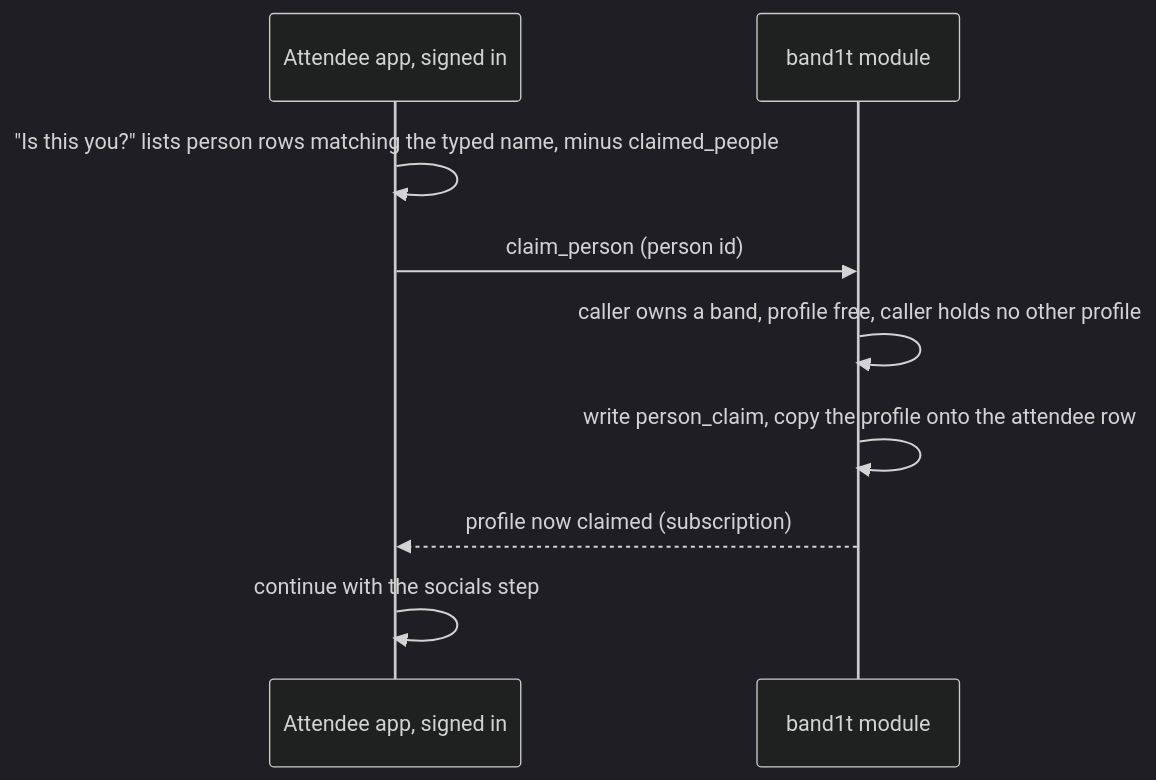
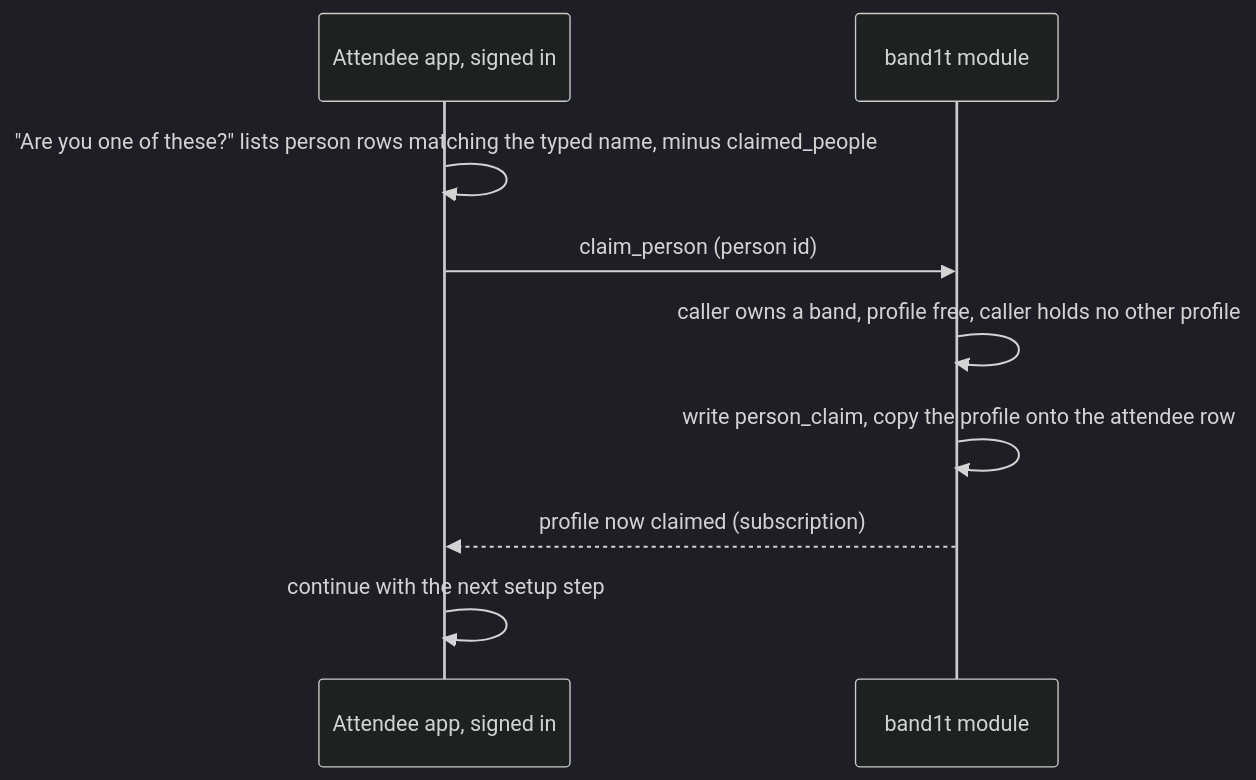
The third of 4 diagrams in System Design/7-integrations/BrightData.md (viktorinkov/cal-hacks-13), drawn with Mermaid (dark theme) before and after one commit. The commit also changed other lines of this file and 20 other files, not shown here.

````diff
--- a/System Design/7-integrations/BrightData.md
+++ b/System Design/7-integrations/BrightData.md
@@ -243,11 +243,11 @@
 ```mermaid
 sequenceDiagram
   participant App as Attendee app, signed in
   participant Mod as band1t module
-  App->>App: "Is this you?" lists person rows matching the typed name, minus claimed_people
+  App->>App: "Are you one of these?" lists person rows matching the typed name, minus claimed_people
   App->>Mod: claim_person (person id)
   Mod->>Mod: caller owns a band, profile free, caller holds no other profile
   Mod->>Mod: write person_claim, copy the profile onto the attendee row
   Mod-->>App: profile now claimed (subscription)
-  App->>App: continue with the socials step
+  App->>App: continue with the next setup step
 ```
````
